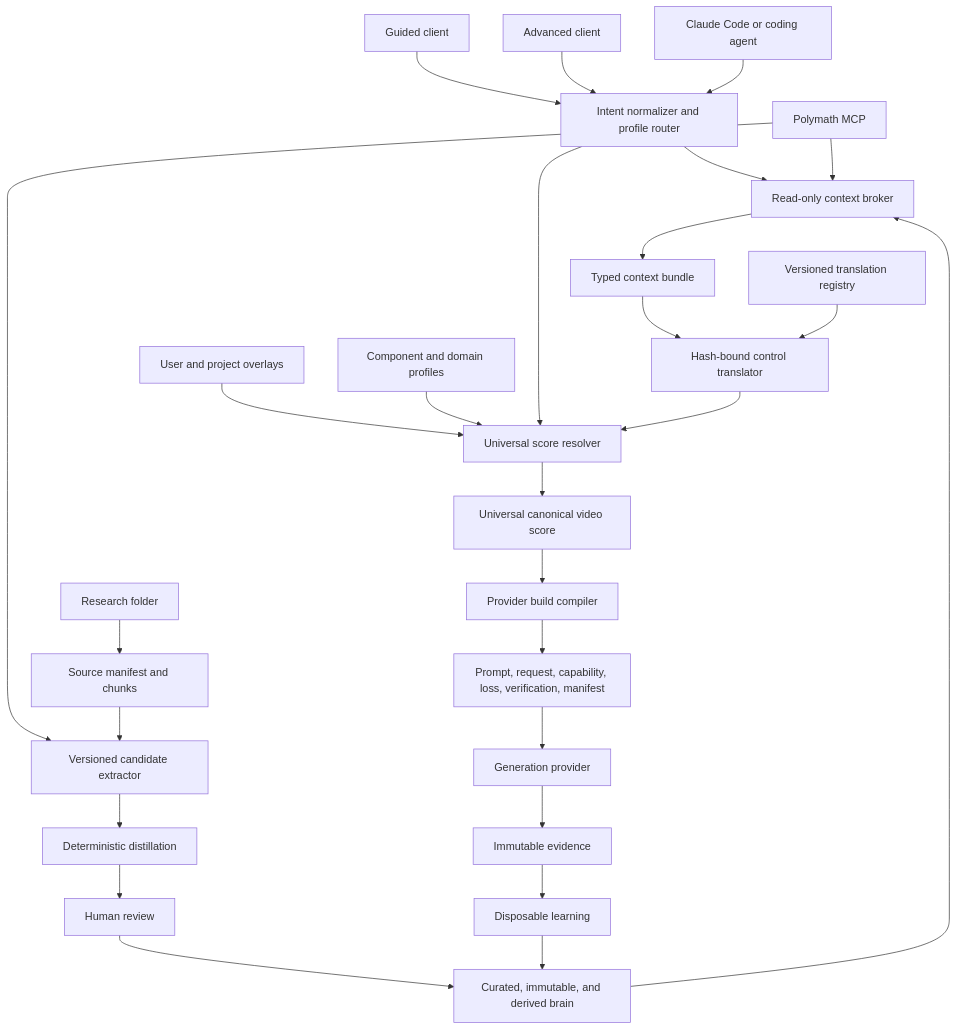
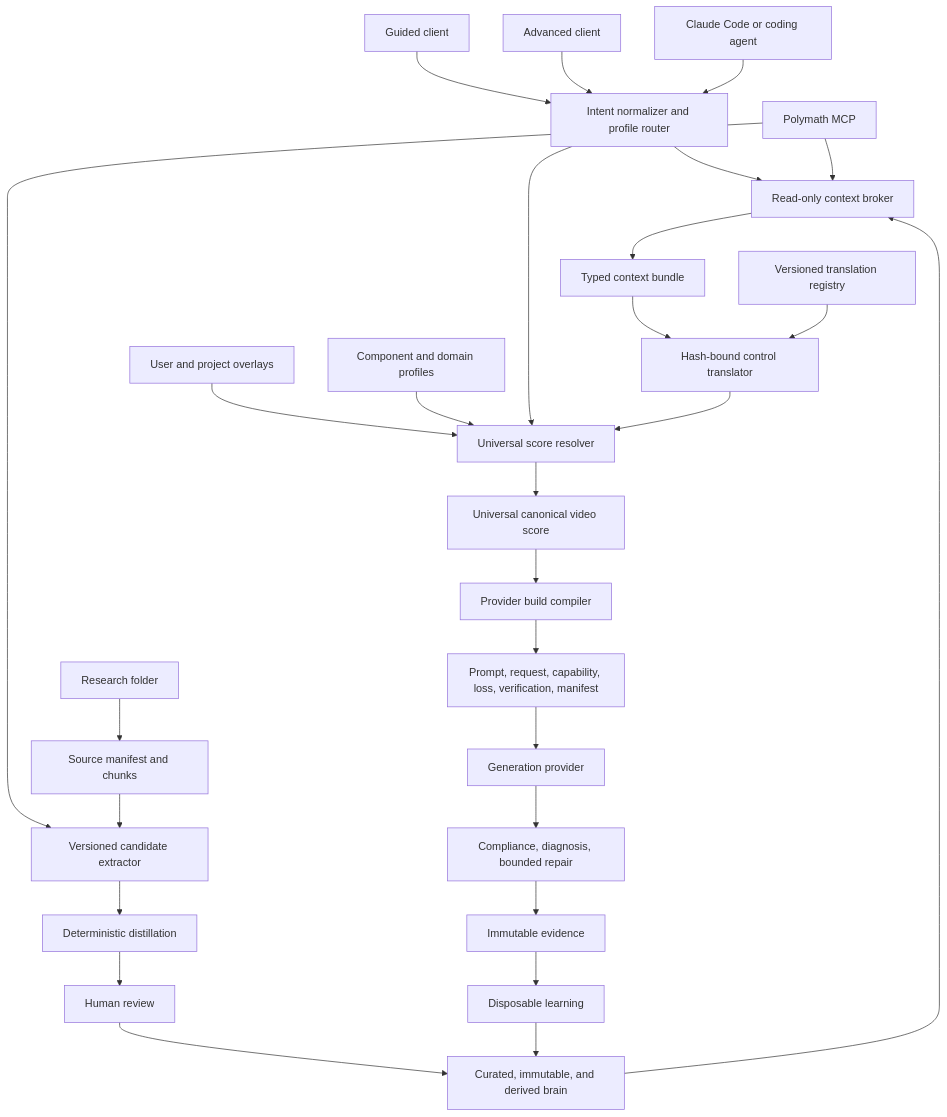
Before and after one commit to Kingsley-Cyber/ai-video-movement-prompt-system: the third of 3 diagrams in ARCHITECTURE.md, drawn with Mermaid. The commit also changed other lines of this file and 19 other files, not shown here.

````diff
--- a/ARCHITECTURE.md
+++ b/ARCHITECTURE.md
@@ -1191,31 +1248,32 @@
 ```mermaid
 flowchart TB
     Guided["Guided client"] --> Intent["Intent normalizer and profile router"]
     Advanced["Advanced client"] --> Intent
     Agent["Claude Code or coding agent"] --> Intent
     UserContext["User and project overlays"] --> Resolve["Universal score resolver"]
     Profiles["Component and domain profiles"] --> Resolve
     Intent --> Broker["Read-only context broker"]
     KB["Curated, immutable, and derived brain"] --> Broker
     Poly["Polymath MCP"] --> Broker
     Broker --> Context["Typed context bundle"]
     Intent --> Resolve
     Context --> Translate["Hash-bound control translator"]
     TranslationRegistry["Versioned translation registry"] --> Translate
     Translate --> Resolve
     Resolve --> Score["Universal canonical video score"]
 
     Folder["Research folder"] --> Source["Source manifest and chunks"]
     Poly --> Extract["Versioned candidate extractor"]
     Source --> Extract
     Extract --> Distill["Deterministic distillation"]
     Distill --> Review["Human review"]
     Review --> KB
 
     Score --> Compile["Provider build compiler"]
     Compile --> Build["Prompt, request, capability, loss, verification, manifest"]
     Build --> Render["Generation provider"]
-    Render --> Record["Immutable evidence"]
+    Render --> Verify["Compliance, diagnosis, bounded repair"]
+    Verify --> Record["Immutable evidence"]
     Record --> Reflect["Disposable learning"]
     Reflect --> KB
 ```
````
